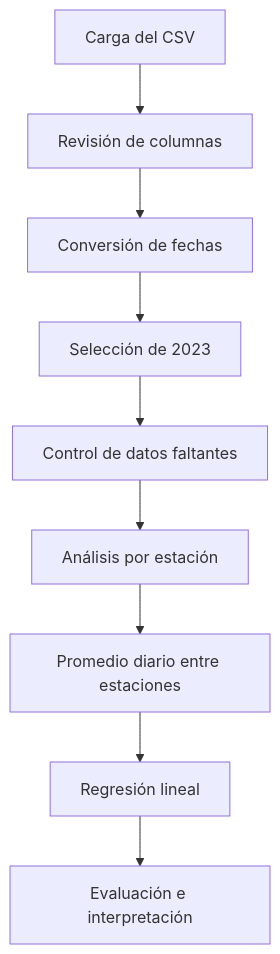
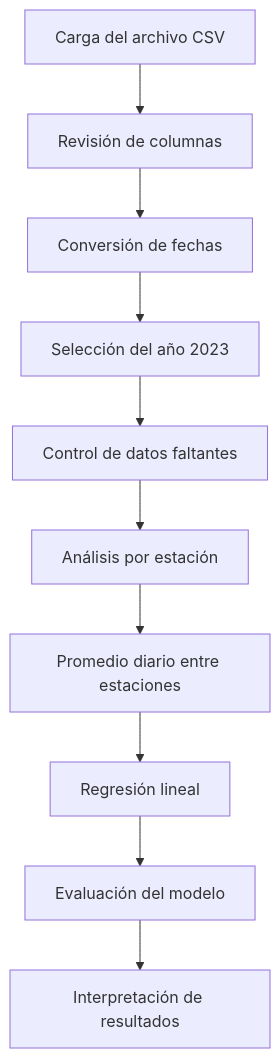
The diagram in Proyecto Integrador/Talleres/Regresion lineal/Clasificacion/Dominik Belevan /README.md (Joshsayago/PI_Equipo_06), drawn with Mermaid before and after one commit. The commit also changed other lines of this file, not shown here.

````diff
--- a/Proyecto Integrador/Talleres/Regresion lineal/Clasificacion/Dominik Belevan /README.md
+++ b/Proyecto Integrador/Talleres/Regresion lineal/Clasificacion/Dominik Belevan /README.md
@@ -120,11 +94,12 @@
 ```mermaid
 flowchart TD
-    A["Carga del CSV"] --> B["Revisión de columnas"]
+    A["Carga del archivo CSV"] --> B["Revisión de columnas"]
     B --> C["Conversión de fechas"]
-    C --> D["Selección de 2023"]
+    C --> D["Selección del año 2023"]
     D --> E["Control de datos faltantes"]
     E --> F["Análisis por estación"]
     F --> G["Promedio diario entre estaciones"]
     G --> H["Regresión lineal"]
-    H --> I["Evaluación e interpretación"]
+    H --> I["Evaluación del modelo"]
+    I --> J["Interpretación de resultados"]
 ```
````
